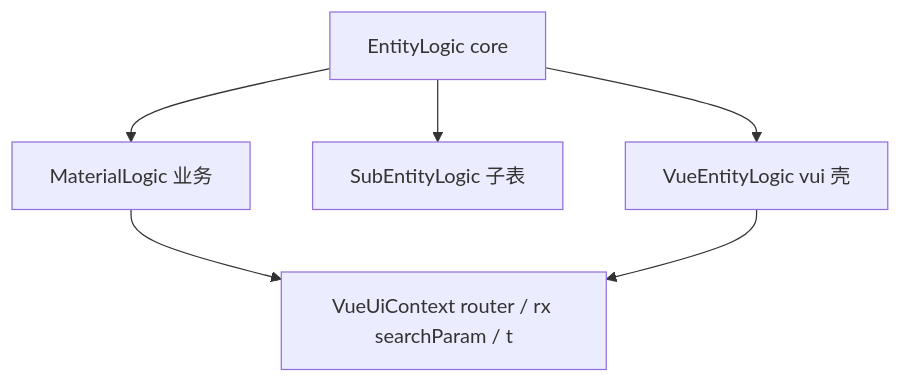
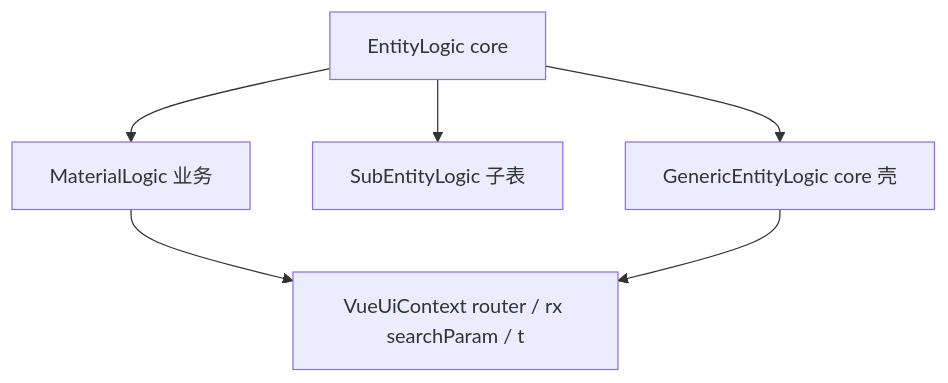
One commit to Roy7611/mmda-vue changed the diagram in packages/core/docs/logic/entity_logic_design.md. Above: the diagram before and after it, drawn with Mermaid. The commit also changed other lines of this file and 196 other files, not shown here.

````diff
--- a/packages/core/docs/logic/entity_logic_design.md
+++ b/packages/core/docs/logic/entity_logic_design.md
@@ -34,13 +34,13 @@
 ```mermaid
 flowchart TB
   EntityLogic["EntityLogic core"]
   MaterialLogic["MaterialLogic 业务"]
   SubEntityLogic["SubEntityLogic 子表"]
-  VueEntityLogic["VueEntityLogic vui 壳"]
+  GenericEntityLogic["GenericEntityLogic core 壳"]
   VueUiContext["VueUiContext router / rx searchParam / t"]
   EntityLogic --> MaterialLogic
   EntityLogic --> SubEntityLogic
-  EntityLogic --> VueEntityLogic
+  EntityLogic --> GenericEntityLogic
   MaterialLogic --> VueUiContext
-  VueEntityLogic --> VueUiContext
+  GenericEntityLogic --> VueUiContext
 ```
````
